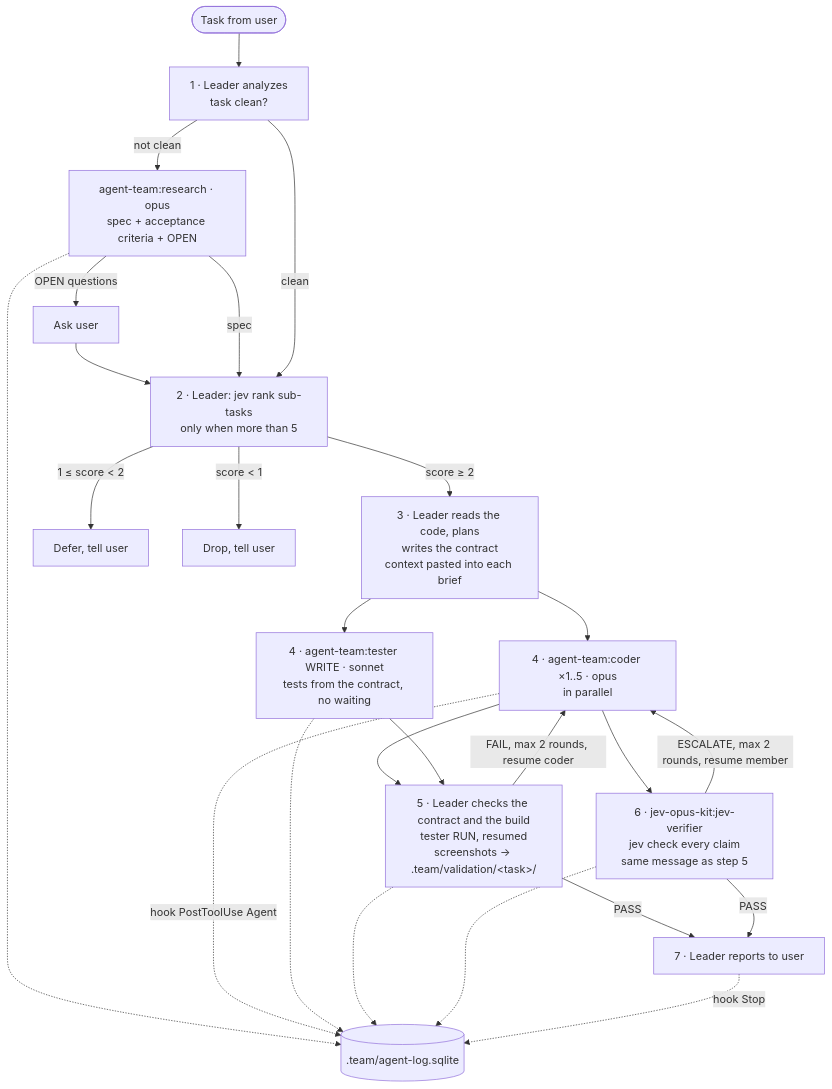
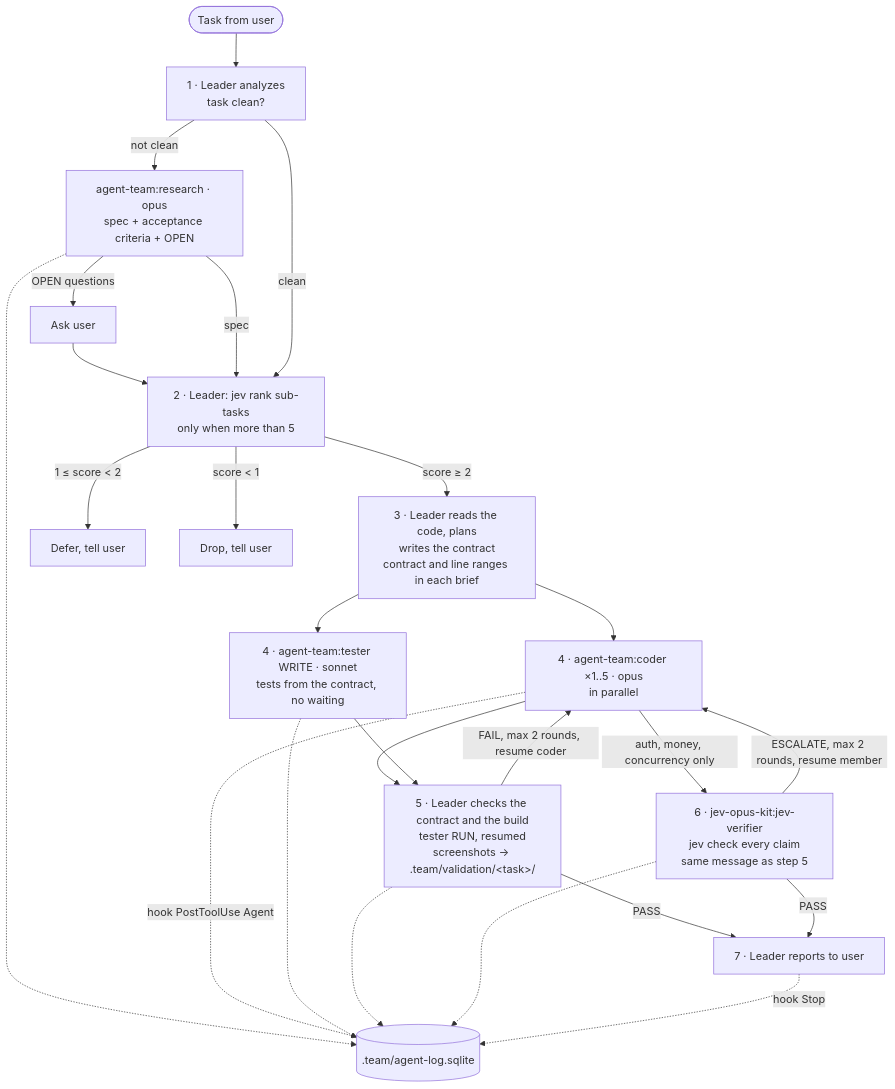
Before and after one commit to vuduc0910/agent-team: the diagram in docs/flow.md, drawn with Mermaid. The commit also changed other lines of this file and 23 other files, not shown here.

Commit message:
Speed up the pipeline: line ranges in briefs, verifier for risky changes only, 5-file threshold, coder effort medium, 1h member cache

````diff
--- a/docs/flow.md
+++ b/docs/flow.md
@@ -5,27 +5,27 @@
 ```mermaid
 flowchart TD
     U([Task from user]) --> A["1 · Leader analyzes<br/>task clean?"]
     A -- "not clean" --> RS["agent-team:research · opus<br/>spec + acceptance criteria + OPEN"]
     RS -- "OPEN questions" --> Q["Ask user"] --> R
     RS -- "spec" --> R
     A -- "clean" --> R["2 · Leader: jev rank sub-tasks<br/>only when more than 5"]
-    R -- "score ≥ 2" --> P["3 · Leader reads the code, plans<br/>writes the contract<br/>context pasted into each brief"]
+    R -- "score ≥ 2" --> P["3 · Leader reads the code, plans<br/>writes the contract<br/>contract and line ranges in each brief"]
     R -- "1 ≤ score &lt; 2" --> D1["Defer, tell user"]
     R -- "score &lt; 1" --> D2["Drop, tell user"]
     P --> C["4 · agent-team:coder ×1..5 · opus<br/>in parallel"]
     P --> TW["4 · agent-team:tester WRITE · sonnet<br/>tests from the contract, no waiting"]
     C --> TR
     TW --> TR["5 · Leader checks the contract and the build<br/>tester RUN, resumed<br/>screenshots → .team/validation/&lt;task&gt;/"]
-    C --> V["6 · jev-opus-kit:jev-verifier<br/>jev check every claim<br/>same message as step 5"]
+    C -- "auth, money, concurrency only" --> V["6 · jev-opus-kit:jev-verifier<br/>jev check every claim<br/>same message as step 5"]
     TR -- "FAIL, max 2 rounds, resume coder" --> C
     V -- "ESCALATE, max 2 rounds, resume member" --> C
     TR -- "PASS" --> F["7 · Leader reports to user"]
     V -- "PASS" --> F
     DB[(".team/agent-log.sqlite")]
     RS -.-> DB
     C -. "hook PostToolUse Agent" .-> DB
     TW -.-> DB
     TR -.-> DB
     V -.-> DB
     F -. "hook Stop" .-> DB
 ```
````
